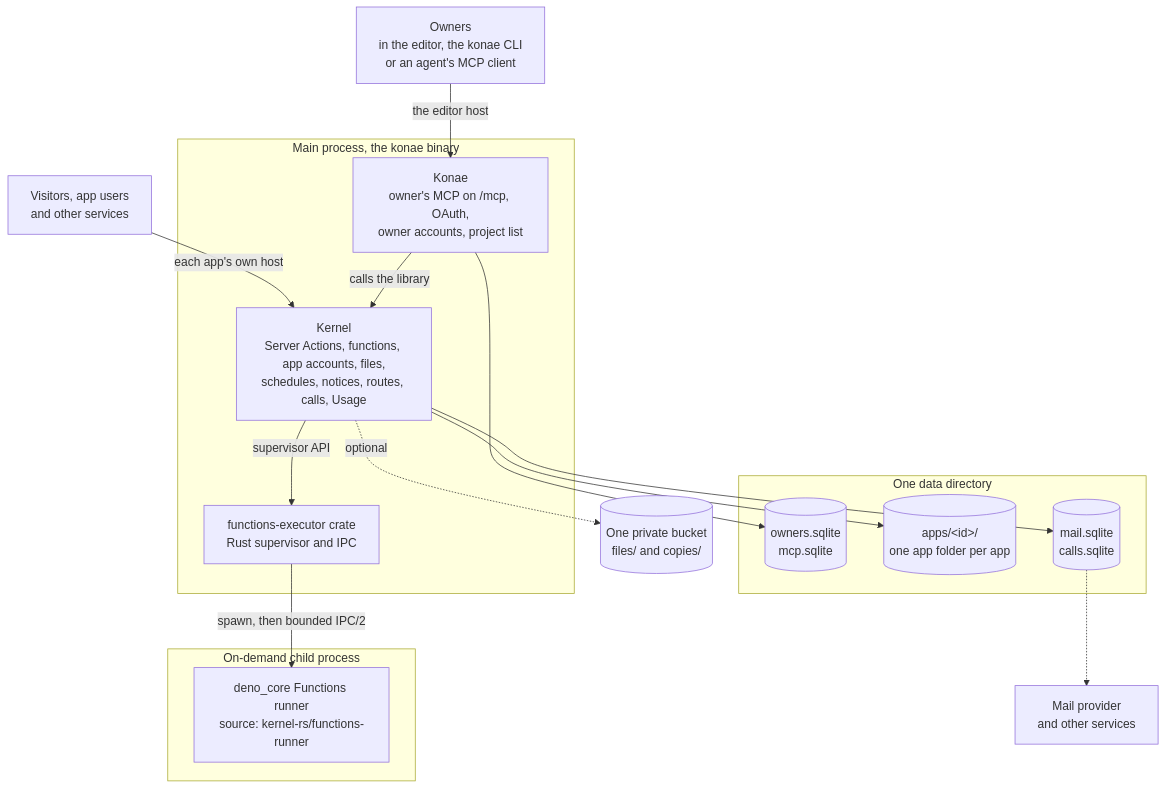
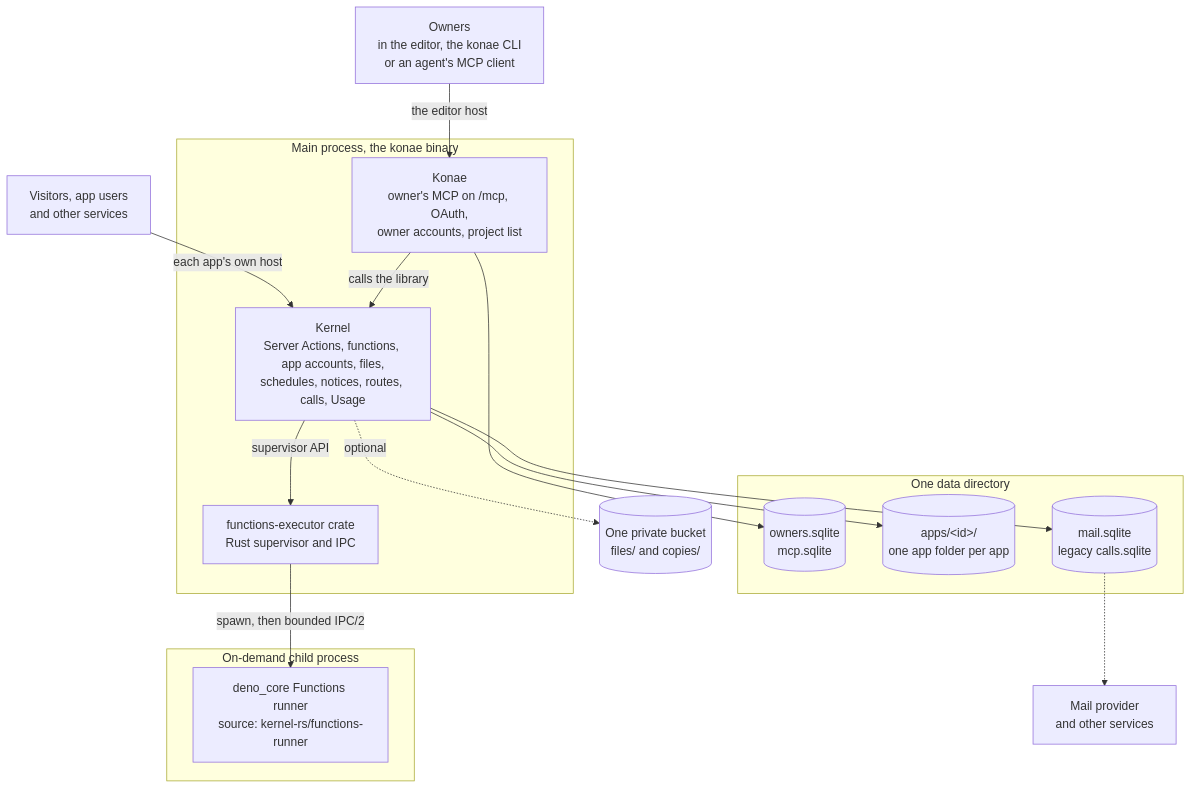
Before and after one commit to danibram/konae: the second of 4 diagrams in docs/architecture.md, drawn with Mermaid. The commit also changed other lines of this file and 123 other files, not shown here.

````diff
--- a/docs/architecture.md
+++ b/docs/architecture.md
@@ -11,28 +191,28 @@
 ```mermaid
 flowchart TB
   OWN["Owners<br/>in the editor, the konae CLI<br/>or an agent's MCP client"]
   RUN["Visitors, app users<br/>and other services"]
   subgraph process["Main process, the konae binary"]
     KO["Konae<br/>owner's MCP on /mcp, OAuth,<br/>owner accounts, project list"]
     KE["Kernel<br/>Server Actions, functions, app accounts, files,<br/>schedules, notices, routes, calls, Usage"]
     FX["functions-executor crate<br/>Rust supervisor and IPC"]
   end
   subgraph child["On-demand child process"]
     RUNNER["deno_core Functions runner<br/>source: kernel-rs/functions-runner"]
   end
   OWN -->|"the editor host"| KO
   RUN -->|"each app's own host"| KE
   KO -->|"calls the library"| KE
   KE -->|"supervisor API"| FX
   FX -->|"spawn, then bounded IPC/2"| RUNNER
   subgraph data["One data directory"]
     OWNERS[("owners.sqlite<br/>mcp.sqlite")]
     APPS[("apps/#lt;id#gt;/<br/>one app folder per app")]
-    QUEUES[("mail.sqlite<br/>calls.sqlite")]
+    QUEUES[("mail.sqlite<br/>legacy calls.sqlite")]
   end
   KO --> OWNERS
   KE --> APPS
   KE --> QUEUES
   KE -.->|"optional"| BUCKET[("One private bucket<br/>files/ and copies/")]
   QUEUES -.-> OUT["Mail provider<br/>and other services"]
 ```
````
